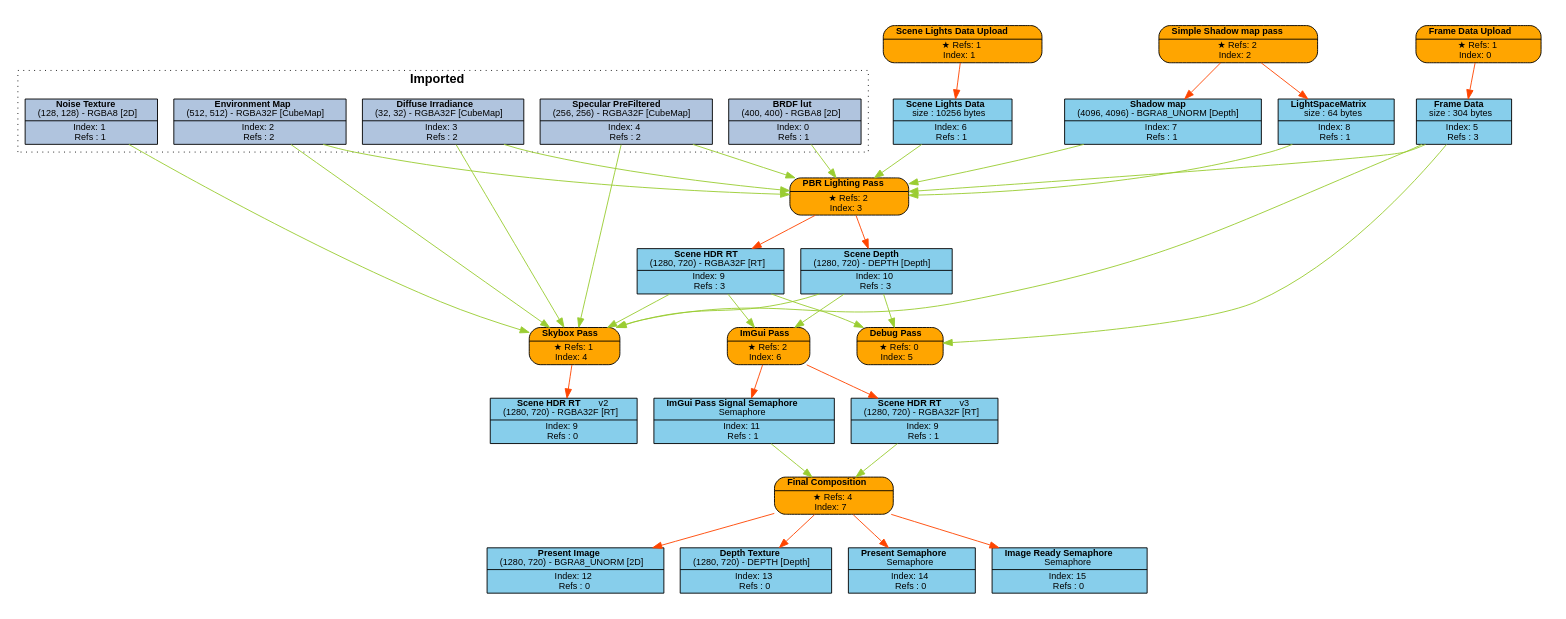
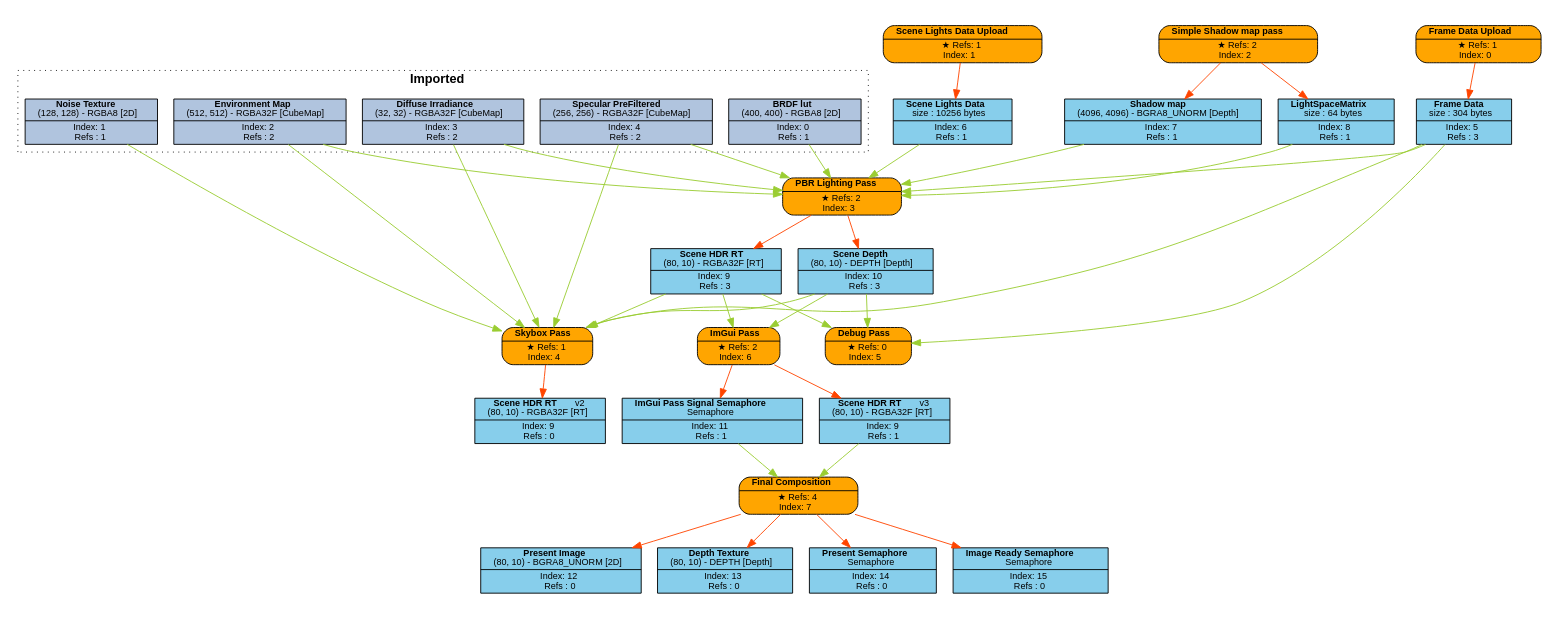
Before and after one commit to Pikachuxxxx/Razix: the diagram in Engine/content/FrameGraphs/pbr_lighting_test.dot, drawn with Graphviz. The commit also changed 23 other files, not shown here.

```diff
--- a/Engine/content/FrameGraphs/pbr_lighting_test.dot
+++ b/Engine/content/FrameGraphs/pbr_lighting_test.dot
@@ -1,91 +1,91 @@
 digraph FrameGraph {
 graph [style=invis, rankdir="TB" ordering=out, splines=spline]
 node [shape=record, fontname="helvetica", fontsize=10, margin="0.2,0.03"]
 
 P0 [label=<{ {<B>Frame Data Upload</B>} | {&#x2605; Refs: 1<BR/> Index: 0} }> style="rounded,filled", fillcolor=orange]
 P1 [label=<{ {<B>Scene Lights Data Upload</B>} | {&#x2605; Refs: 1<BR/> Index: 1} }> style="rounded,filled", fillcolor=orange]
 P2 [label=<{ {<B>Simple Shadow map pass</B>} | {&#x2605; Refs: 2<BR/> Index: 2} }> style="rounded,filled", fillcolor=orange]
 P3 [label=<{ {<B>PBR Lighting Pass</B>} | {&#x2605; Refs: 2<BR/> Index: 3} }> style="rounded,filled", fillcolor=orange]
 P4 [label=<{ {<B>Skybox Pass</B>} | {&#x2605; Refs: 1<BR/> Index: 4} }> style="rounded,filled", fillcolor=orange]
 P5 [label=<{ {<B>Debug Pass</B>} | {&#x2605; Refs: 0<BR/> Index: 5} }> style="rounded,filled", fillcolor=orange]
 P6 [label=<{ {<B>ImGui Pass</B>} | {&#x2605; Refs: 2<BR/> Index: 6} }> style="rounded,filled", fillcolor=orange]
 P7 [label=<{ {<B>Final Composition</B>} | {&#x2605; Refs: 4<BR/> Index: 7} }> style="rounded,filled", fillcolor=orange]
 
 R0_1 [label=<{ {<B>BRDF lut</B><BR/>(400, 400) - RGBA8 [2D]} | {Index: 0<BR/>Refs : 1} }> style=filled, fillcolor=lightsteelblue]
 R1_1 [label=<{ {<B>Noise Texture</B><BR/>(128, 128) - RGBA8 [2D]} | {Index: 1<BR/>Refs : 1} }> style=filled, fillcolor=lightsteelblue]
 R2_1 [label=<{ {<B>Environment Map</B><BR/>(512, 512) - RGBA32F [CubeMap]} | {Index: 2<BR/>Refs : 2} }> style=filled, fillcolor=lightsteelblue]
 R3_1 [label=<{ {<B>Diffuse Irradiance</B><BR/>(32, 32) - RGBA32F [CubeMap]} | {Index: 3<BR/>Refs : 2} }> style=filled, fillcolor=lightsteelblue]
 R4_1 [label=<{ {<B>Specular PreFiltered</B><BR/>(256, 256) - RGBA32F [CubeMap]} | {Index: 4<BR/>Refs : 2} }> style=filled, fillcolor=lightsteelblue]
 R5_1 [label=<{ {<B>Frame Data</B><BR/>size : 304 bytes} | {Index: 5<BR/>Refs : 3} }> style=filled, fillcolor=skyblue]
 R6_1 [label=<{ {<B>Scene Lights Data</B><BR/>size : 10256 bytes} | {Index: 6<BR/>Refs : 1} }> style=filled, fillcolor=skyblue]
 R7_1 [label=<{ {<B>Shadow map</B><BR/>(4096, 4096) - BGRA8_UNORM [Depth]} | {Index: 7<BR/>Refs : 1} }> style=filled, fillcolor=skyblue]
 R8_1 [label=<{ {<B>LightSpaceMatrix</B><BR/>size : 64 bytes} | {Index: 8<BR/>Refs : 1} }> style=filled, fillcolor=skyblue]
-R9_1 [label=<{ {<B>Scene HDR RT</B><BR/>(1280, 720) - RGBA32F [RT]} | {Index: 9<BR/>Refs : 3} }> style=filled, fillcolor=skyblue]
-R10_1 [label=<{ {<B>Scene Depth</B><BR/>(1280, 720) - DEPTH [Depth]} | {Index: 10<BR/>Refs : 3} }> style=filled, fillcolor=skyblue]
-R9_2 [label=<{ {<B>Scene HDR RT</B>   <FONT>v2</FONT><BR/>(1280, 720) - RGBA32F [RT]} | {Index: 9<BR/>Refs : 0} }> style=filled, fillcolor=skyblue]
+R9_1 [label=<{ {<B>Scene HDR RT</B><BR/>(80, 10) - RGBA32F [RT]} | {Index: 9<BR/>Refs : 3} }> style=filled, fillcolor=skyblue]
+R10_1 [label=<{ {<B>Scene Depth</B><BR/>(80, 10) - DEPTH [Depth]} | {Index: 10<BR/>Refs : 3} }> style=filled, fillcolor=skyblue]
+R9_2 [label=<{ {<B>Scene HDR RT</B>   <FONT>v2</FONT><BR/>(80, 10) - RGBA32F [RT]} | {Index: 9<BR/>Refs : 0} }> style=filled, fillcolor=skyblue]
 R11_1 [label=<{ {<B>ImGui Pass Signal Semaphore</B><BR/>Semaphore} | {Index: 11<BR/>Refs : 1} }> style=filled, fillcolor=skyblue]
-R9_3 [label=<{ {<B>Scene HDR RT</B>   <FONT>v3</FONT><BR/>(1280, 720) - RGBA32F [RT]} | {Index: 9<BR/>Refs : 1} }> style=filled, fillcolor=skyblue]
-R12_1 [label=<{ {<B>Present Image</B><BR/>(1280, 720) - BGRA8_UNORM [2D]} | {Index: 12<BR/>Refs : 0} }> style=filled, fillcolor=skyblue]
-R13_1 [label=<{ {<B>Depth Texture</B><BR/>(1280, 720) - DEPTH [Depth]} | {Index: 13<BR/>Refs : 0} }> style=filled, fillcolor=skyblue]
+R9_3 [label=<{ {<B>Scene HDR RT</B>   <FONT>v3</FONT><BR/>(80, 10) - RGBA32F [RT]} | {Index: 9<BR/>Refs : 1} }> style=filled, fillcolor=skyblue]
+R12_1 [label=<{ {<B>Present Image</B><BR/>(80, 10) - BGRA8_UNORM [2D]} | {Index: 12<BR/>Refs : 0} }> style=filled, fillcolor=skyblue]
+R13_1 [label=<{ {<B>Depth Texture</B><BR/>(80, 10) - DEPTH [Depth]} | {Index: 13<BR/>Refs : 0} }> style=filled, fillcolor=skyblue]
 R14_1 [label=<{ {<B>Present Semaphore</B><BR/>Semaphore} | {Index: 14<BR/>Refs : 0} }> style=filled, fillcolor=skyblue]
 R15_1 [label=<{ {<B>Image Ready Semaphore</B><BR/>Semaphore} | {Index: 15<BR/>Refs : 0} }> style=filled, fillcolor=skyblue]
 
 P0 -> { R5_1 } [color=orangered]
 P1 -> { R6_1 } [color=orangered]
 P2 -> { R7_1 R8_1 } [color=orangered]
 P3 -> { R9_1 R10_1 } [color=orangered]
 P4 -> { R9_2 } [color=orangered]
 P5 -> { } [color=orangered]
 P6 -> { R9_3 R11_1 } [color=orangered]
 P7 -> { R12_1 R13_1 R14_1 R15_1 } [color=orangered]
 
 R0_1 -> { P3 } [color=olivedrab3]
 R1_1 -> { P4 } [color=olivedrab3]
 R2_1 -> { P3 P4 } [color=olivedrab3]
 R3_1 -> { P3 P4 } [color=olivedrab3]
 R4_1 -> { P3 P4 } [color=olivedrab3]
 R5_1 -> { P3 P4 P5 } [color=olivedrab3]
 R6_1 -> { P3 } [color=olivedrab3]
 R7_1 -> { P3 } [color=olivedrab3]
 R8_1 -> { P3 } [color=olivedrab3]
 R9_1 -> { P4 P5 P6 } [color=olivedrab3]
 R10_1 -> { P4 P5 P6 } [color=olivedrab3]
 R9_2 -> { } [color=olivedrab3]
 R11_1 -> { P7 } [color=olivedrab3]
 R9_3 -> { P7 } [color=olivedrab3]
 R12_1 -> { } [color=olivedrab3]
 R13_1 -> { } [color=olivedrab3]
 R14_1 -> { } [color=olivedrab3]
 R15_1 -> { } [color=olivedrab3]
 
 subgraph cluster_0 {
 P0 R5_1 
 }
 subgraph cluster_1 {
 P1 R6_1 
 }
 subgraph cluster_2 {
 P2 R7_1 R8_1 
 }
 subgraph cluster_3 {
 P3 R9_1 R10_1 
 }
 subgraph cluster_4 {
 P4 
 }
 subgraph cluster_5 {
 P5 
 }
 subgraph cluster_6 {
 P6 R11_1 
 }
 subgraph cluster_7 {
 P7 R12_1 R13_1 R14_1 R15_1 
 }
 
 subgraph cluster_imported_resources {
 graph [style=dotted, fontname="helvetica", label=< <B>Imported</B> >]
 R0_1 R1_1 R2_1 R3_1 R4_1 
 }
 
 }
```
